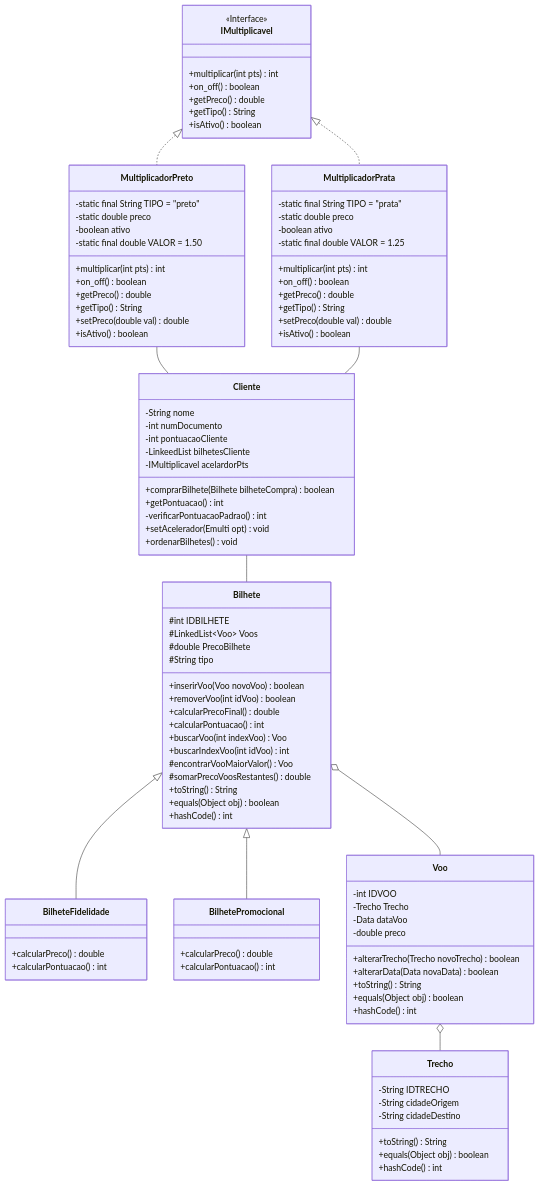
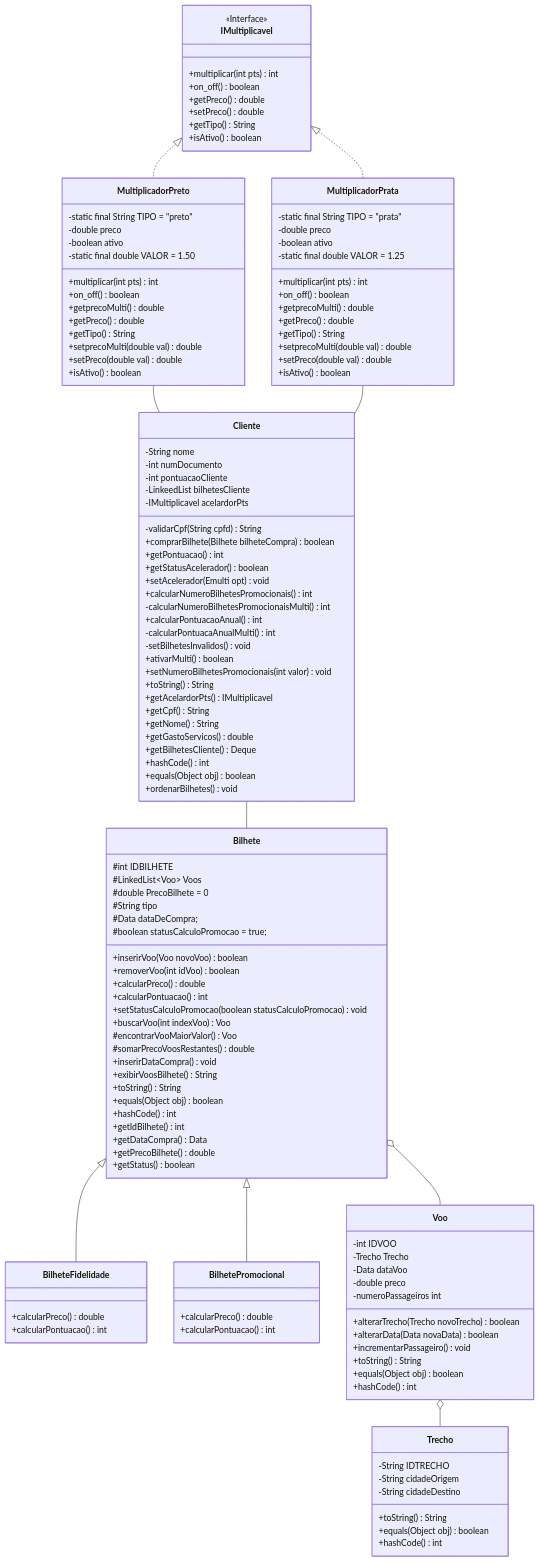
Before and after one commit to DisciplinasProgramacao/tp_em_grupo-grupododiogo: the diagram in README.md, drawn with Mermaid.

```diff
--- a/README.md
+++ b/README.md
@@ -79,26 +79,30 @@
 classDiagram
 class MultiplicadorPreto {
  -static final String TIPO = "preto"
- -static double preco
+ -double preco
  -boolean ativo
  -static final double VALOR = 1.50
  +multiplicar(int pts) int
  +on_off() boolean
+ +getprecoMulti() double
  +getPreco() double
  +getTipo() String
+ +setprecoMulti(double val) double
  +setPreco(double val) double
  +isAtivo() boolean
 }
 
 class MultiplicadorPrata {
  -static final String TIPO = "prata"
- -static double preco
+ -double preco
  -boolean ativo
  -static final double VALOR = 1.25
  +multiplicar(int pts) int
  +on_off() boolean
+ +getprecoMulti() double
  +getPreco() double
  +getTipo() String
+ +setprecoMulti(double val) double
  +setPreco(double val) double
  +isAtivo() boolean
 }
@@ -108,6 +112,7 @@
  +multiplicar(int pts) int
  +on_off() boolean
  +getPreco() double
+ +setPreco() double
  +getTipo() String
  +isAtivo() boolean
 }
@@ -118,29 +123,53 @@
  -int pontuacaoCliente
  -LinkeedList<Bilhete> bilhetesCliente
  -IMultiplicavel acelardorPts
+ -validarCpf(String cpfd) String
  +comprarBilhete(Bilhete bilheteCompra) boolean
  +getPontuacao() int
- -verificarPontuacaoPadrao() int
+ +getStatusAcelerador() boolean
  +setAcelerador(Emulti opt) void
+ +calcularNumeroBilhetesPromocionais() int
+ -calcularNumeroBilhetesPromocionaisMulti() int
+ +calcularPontuacaoAnual() int
+ -calcularPontuacaAnualMulti() int
+ -setBilhetesInvalidos() void
+ +ativarMulti() boolean
+ +setNumeroBilhetesPromocionais(int valor) void
+ +toString() String
+ +getAcelardorPts() IMultiplicavel
+ +getCpf() String
+ +getNome() String
+ +getGastoServicos() double
+ +getBilhetesCliente() Deque<Bilhete>
+ +hashCode() int
+ +equals(Object obj) boolean
  +ordenarBilhetes() void
 }
 
 class Bilhete {
  #int IDBILHETE
  #LinkedList~Voo~ Voos
- #double PrecoBilhete
+ #double PrecoBilhete = 0
  #String tipo
+ #Data dataDeCompra;
+ #boolean statusCalculoPromocao = true;
  +inserirVoo(Voo novoVoo) boolean
  +removerVoo(int idVoo) boolean
- +calcularPrecoFinal() double
+ +calcularPreco() double
  +calcularPontuacao() int
+ +setStatusCalculoPromocao(boolean statusCalculoPromocao) void
  +buscarVoo(int indexVoo) Voo
- +buscarIndexVoo(int idVoo) int
  #encontrarVooMaiorValor() Voo
  #somarPrecoVoosRestantes() double
+ +inserirDataCompra() void
+ +exibirVoosBilhete() String
  +toString() String
  +equals(Object obj) boolean
  +hashCode() int
+ +getIdBilhete() int
+ +getDataCompra() Data
+ +getPrecoBilhete() double
+ +getStatus() boolean
 }
 
 class BilheteFidelidade {
@@ -158,8 +187,10 @@
  -Trecho Trecho
  -Data dataVoo
  -double preco
+ -numeroPassageiros int
  +alterarTrecho(Trecho novoTrecho) boolean
  +alterarData(Data novaData) boolean
+ +incrementarPassageiro() void
  +toString() String
  +equals(Object obj) boolean
  +hashCode() int
```
